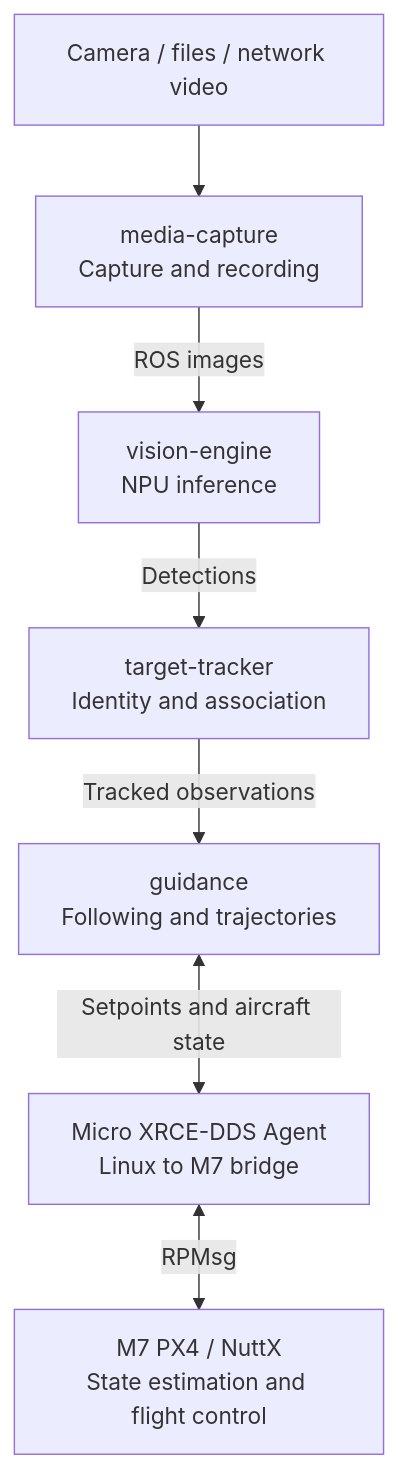
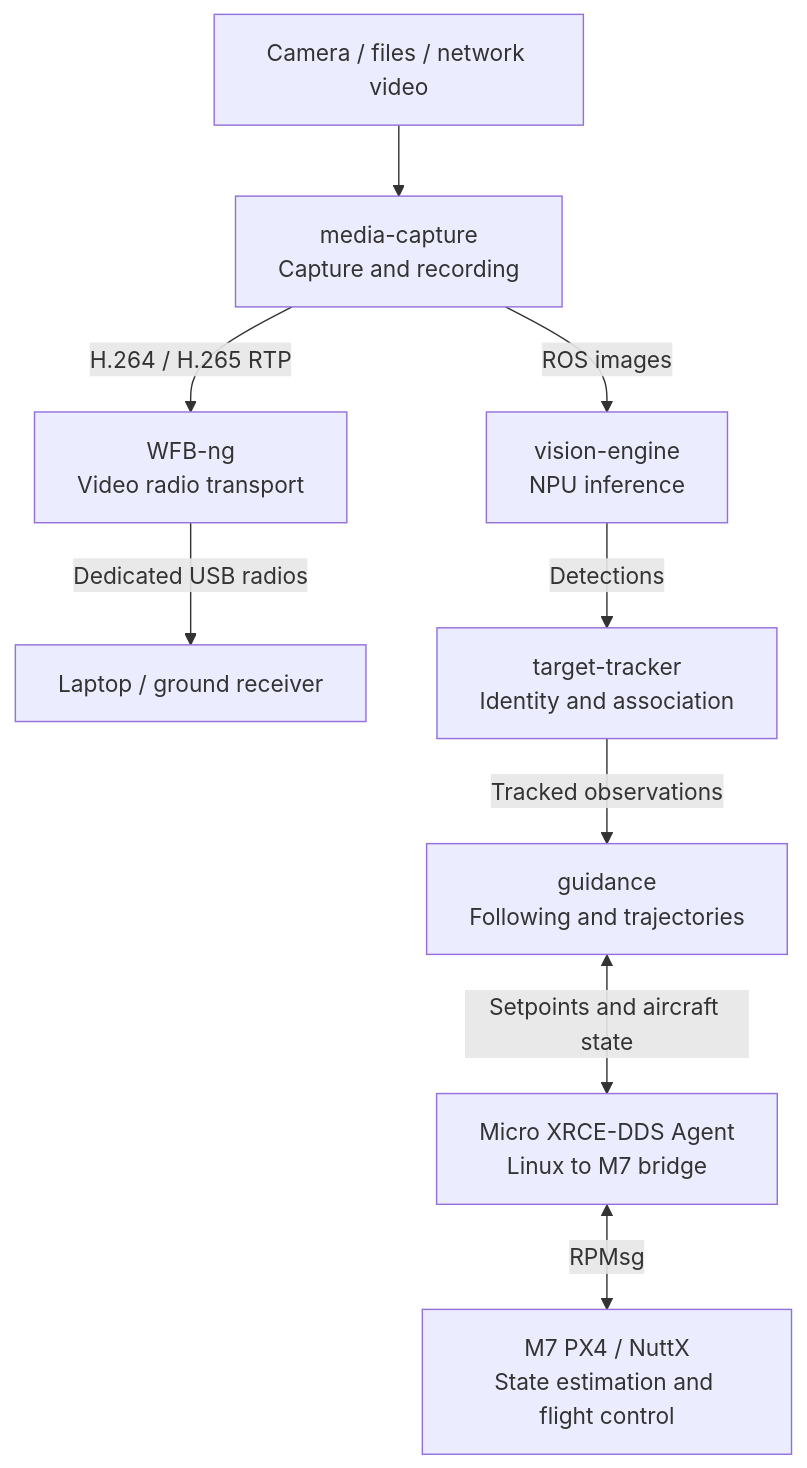
The diagram in README.md (Swamy-BV/meta-raven), drawn with Mermaid before and after one commit. The commit also changed other lines of this file and 9 other files, not shown here.

````diff
--- a/README.md
+++ b/README.md
@@ -73,17 +76,21 @@
 ```mermaid
 flowchart TD
     source["Camera / files / network video"]
     capture["media-capture<br/>Capture and recording"]
+    radio["WFB-ng<br/>Video radio transport"]
+    receiver["Laptop / ground receiver"]
     vision["vision-engine<br/>NPU inference"]
     tracker["target-tracker<br/>Identity and association"]
     guidance["guidance<br/>Following and trajectories"]
     dds["Micro XRCE-DDS Agent<br/>Linux to M7 bridge"]
     px4["M7 PX4 / NuttX<br/>State estimation and flight control"]
 
     source --> capture
+    capture -->|H.264 / H.265 RTP| radio
+    radio -->|Dedicated USB radios| receiver
     capture -->|ROS images| vision
     vision -->|Detections| tracker
     tracker -->|Tracked observations| guidance
     guidance <-->|Setpoints and aircraft state| dds
     dds <-->|RPMsg| px4
 ```
````
